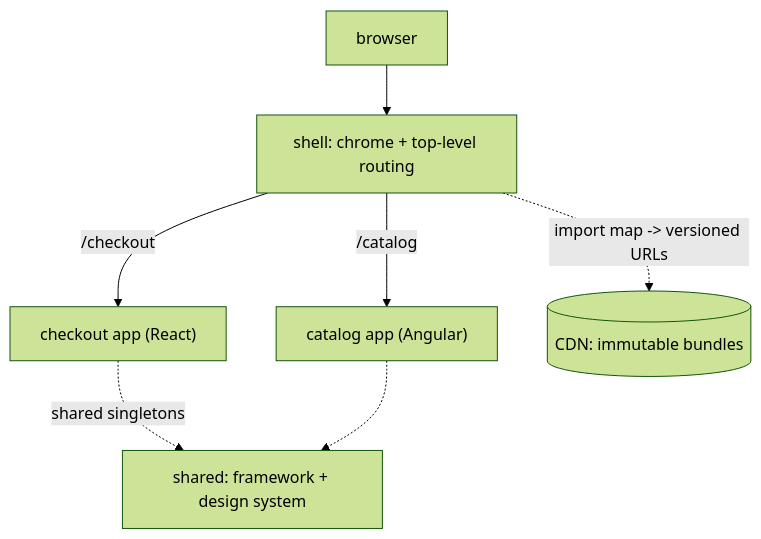
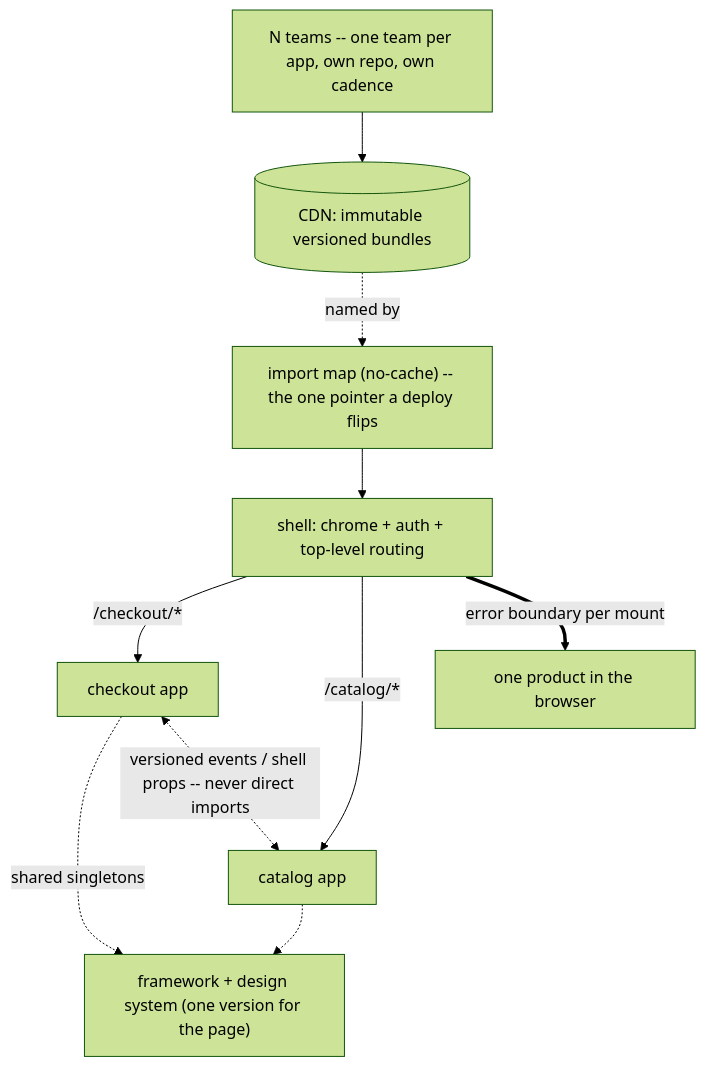
One commit to Sundeepg98/deepdive-rehearsal changed the diagram in src/topics-md/microfrontend.md. Above: the diagram before and after it, drawn with Mermaid (forest theme). The commit also changed other lines of this file and 41 other files, not shown here.

````diff
--- a/src/topics-md/microfrontend.md
+++ b/src/topics-md/microfrontend.md
@@ -249,9 +575,12 @@
 ```mermaid
 flowchart TD
-  U["browser"] --> S["shell: chrome + top-level routing"]
-  S -->|"/checkout"| A["checkout app (React)"]
-  S -->|"/catalog"| B["catalog app (Angular)"]
-  S -.->|"import map -> versioned URLs"| CDN[("CDN: immutable bundles")]
-  A -.->|"shared singletons"| SH["shared: framework + design system"]
+  T["N teams -- one team per app, own repo, own cadence"] --> CDN[("CDN: immutable versioned bundles")]
+  CDN -.->|"named by"| IM["import map (no-cache) -- the one pointer a deploy flips"]
+  IM --> S["shell: chrome + auth + top-level routing"]
+  S -->|"/checkout/*"| A["checkout app"]
+  S -->|"/catalog/*"| B["catalog app"]
+  A -.->|"shared singletons"| SH["framework + design system (one version for the page)"]
   B -.-> SH
+  A <-.->|"versioned events / shell props -- never direct imports"| B
+  S ==>|"error boundary per mount"| U["one product in the browser"]
 ```
````
